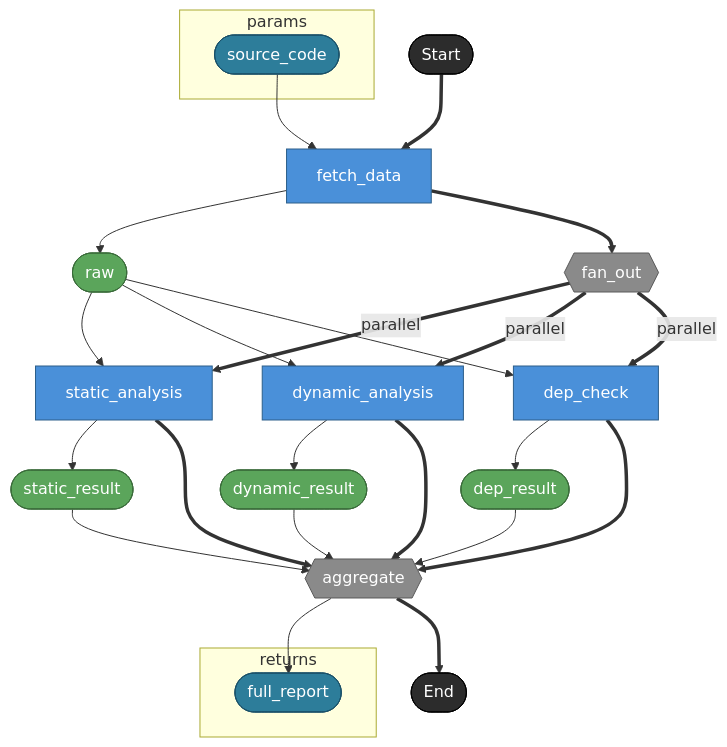
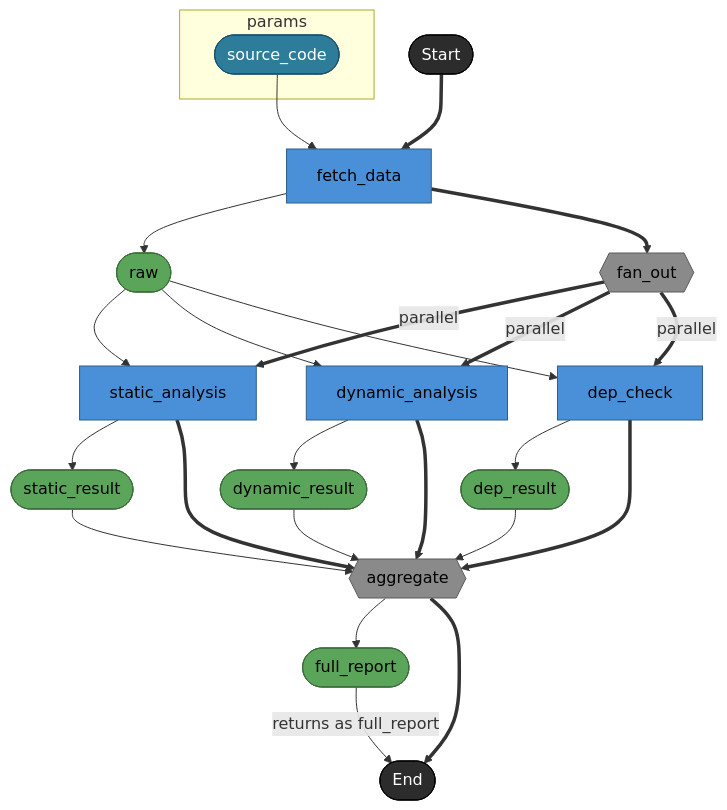
The second of 6 diagrams in docs/spec/views/dag.md (hiroshiasayadev-prog/brewprint), drawn with Mermaid before and after one commit. The commit also changed other lines of this file and 1 other file, not shown here.

````diff
--- a/docs/spec/views/dag.md
+++ b/docs/spec/views/dag.md
@@ -500,42 +575,40 @@
 ```mermaid
 flowchart TD
   subgraph params
     source_code([source_code])
-  end
-  subgraph returns
-    full_report([full_report])
   end
 
   _start([Start]) ==> fetch_data
   source_code --> fetch_data[fetch_data]
   fetch_data --> raw([raw])
   fetch_data ==> fan_out{{fan_out}}
   raw --> static_analysis[static_analysis]
   raw --> dynamic_analysis[dynamic_analysis]
   raw --> dep_check[dep_check]
   fan_out == "parallel" ==> static_analysis
   fan_out == "parallel" ==> dynamic_analysis
   fan_out == "parallel" ==> dep_check
   static_analysis --> static_result([static_result])
   dynamic_analysis --> dynamic_result([dynamic_result])
   dep_check --> dep_result([dep_result])
   static_result --> aggregate{{aggregate}}
   dynamic_result --> aggregate
   dep_result --> aggregate
   static_analysis ==> aggregate
   dynamic_analysis ==> aggregate
   dep_check ==> aggregate
-  aggregate --> full_report
-  aggregate ==> _end([End])
+  aggregate --> full_report([full_report])
+  full_report -- "returns as full_report" --> _end([End])
+  aggregate ==> _end
 
-  classDef taskNode     fill:#4A90D9,stroke:#2C5F8A,color:#fff
-  classDef assetNode    fill:#5BA55B,stroke:#3A6B3A,color:#fff
-  classDef forkNode     fill:#8A8A8A,stroke:#5A5A5A,color:#fff
-  classDef terminalNode fill:#2C2C2C,stroke:#000,color:#fff
-  classDef boundaryNode fill:#2D7D9A,stroke:#1A5068,color:#fff
+  classDef taskNode      fill:#4A90D9,stroke:#2C5F8A,color:#000
+  classDef assetNode     fill:#5BA55B,stroke:#3A6B3A,color:#000
+  classDef forkNode      fill:#8A8A8A,stroke:#5A5A5A,color:#000
+  classDef terminalNode  fill:#2C2C2C,stroke:#000,color:#fff
+  classDef boundaryNode  fill:#2D7D9A,stroke:#1A5068,color:#fff
   class fetch_data,static_analysis,dynamic_analysis,dep_check taskNode
-  class raw,static_result,dynamic_result,dep_result assetNode
+  class raw,static_result,dynamic_result,dep_result,full_report assetNode
   class fan_out,aggregate forkNode
   class _start,_end terminalNode
-  class source_code,full_report boundaryNode
+  class source_code boundaryNode
 ```
````
